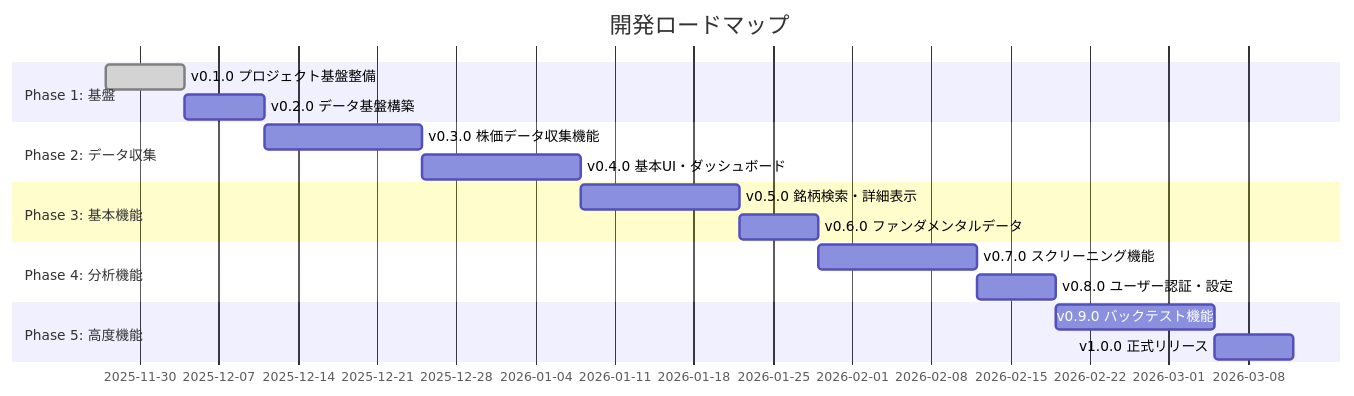
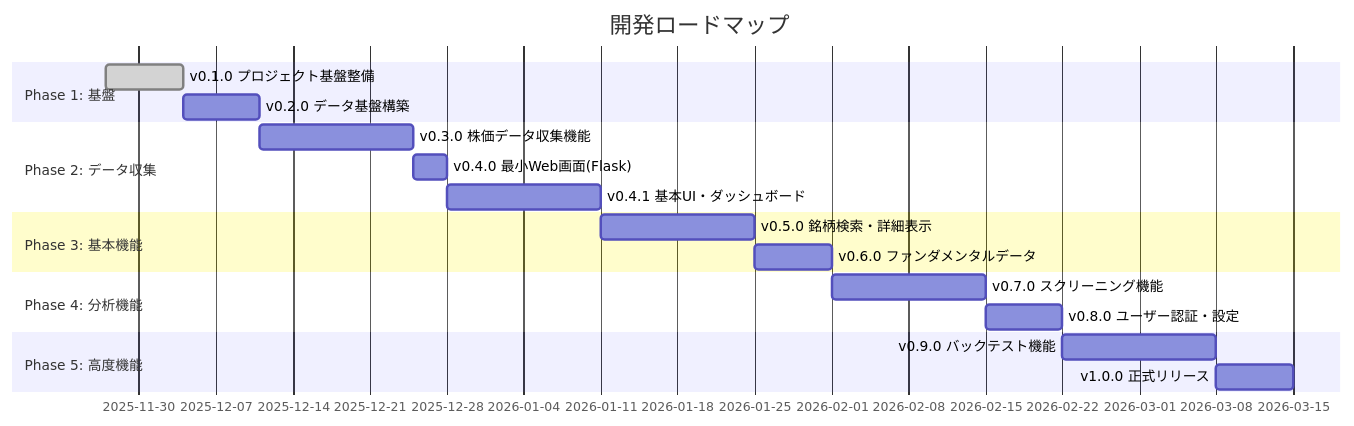
The first of 2 diagrams in docs/tasks/milestones.md (develop-nti-0902/STOCK-INVESTMENT-ANALYZER), drawn with Mermaid before and after one commit. The commit also changed other lines of this file and 1 other file, not shown here.

````diff
--- a/docs/tasks/milestones.md
+++ b/docs/tasks/milestones.md
@@ -58,24 +59,25 @@
 ```mermaid
 gantt
     title 開発ロードマップ
     dateFormat YYYY-MM-DD
     section Phase 1: 基盤
     v0.1.0 プロジェクト基盤整備     :done, v01, 2025-11-27, 1w
     v0.2.0 データ基盤構築           :v02, after v01, 1w
 
     section Phase 2: データ収集
     v0.3.0 株価データ収集機能       :v03, after v02, 2w
-    v0.4.0 基本UI・ダッシュボード    :v04, after v03, 2w
+    v0.4.0 最小Web画面(Flask)      :v04, after v03, 3d
+    v0.4.1 基本UI・ダッシュボード    :v041, after v04, 2w
 
     section Phase 3: 基本機能
-    v0.5.0 銘柄検索・詳細表示       :v05, after v04, 2w
+    v0.5.0 銘柄検索・詳細表示       :v05, after v041, 2w
     v0.6.0 ファンダメンタルデータ   :v06, after v05, 1w
 
     section Phase 4: 分析機能
     v0.7.0 スクリーニング機能       :v07, after v06, 2w
     v0.8.0 ユーザー認証・設定       :v08, after v07, 1w
 
     section Phase 5: 高度機能
     v0.9.0 バックテスト機能         :v09, after v08, 2w
     v1.0.0 正式リリース             :v10, after v09, 1w
 ```
````
